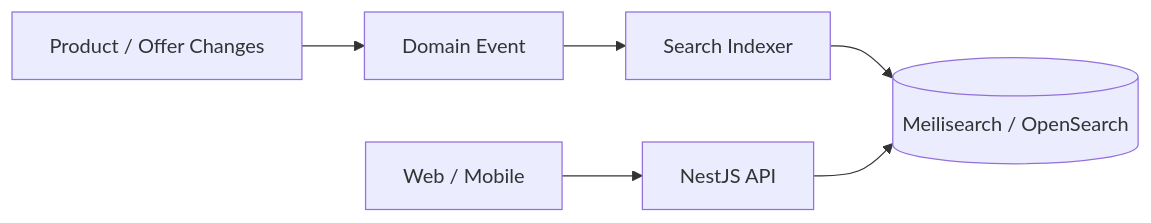
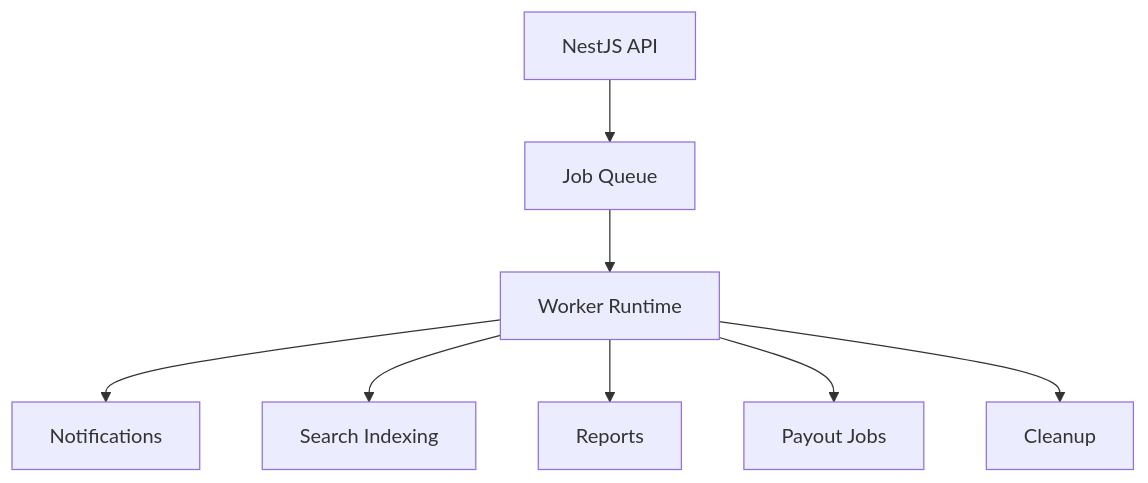
The eighth of 9 diagrams in README.md (Izyane-InovSolutions/commerce), drawn with Mermaid before and after one commit. The commit also changed other lines of this file, not shown here.

Commit message:
docs: finalize NestJS modular monolith architecture

````diff
--- a/README.md
+++ b/README.md
@@ -907,8 +627,10 @@
 ```mermaid
-flowchart LR
-    PRODUCT[Product / Offer Changes] --> EVENT[Domain Event]
-    EVENT --> INDEXER[Search Indexer]
-    INDEXER --> SEARCH[(Meilisearch / OpenSearch)]
-    CLIENT[Web / Mobile] --> API[NestJS API]
-    API --> SEARCH
+flowchart TD
+    API[NestJS API] --> QUEUE[Job Queue]
+    QUEUE --> WORKER[Worker Runtime]
+    WORKER --> NOTIFY[Notifications]
+    WORKER --> SEARCH[Search Indexing]
+    WORKER --> REPORT[Reports]
+    WORKER --> PAYOUT[Payout Jobs]
+    WORKER --> CLEANUP[Cleanup]
 ```
````
